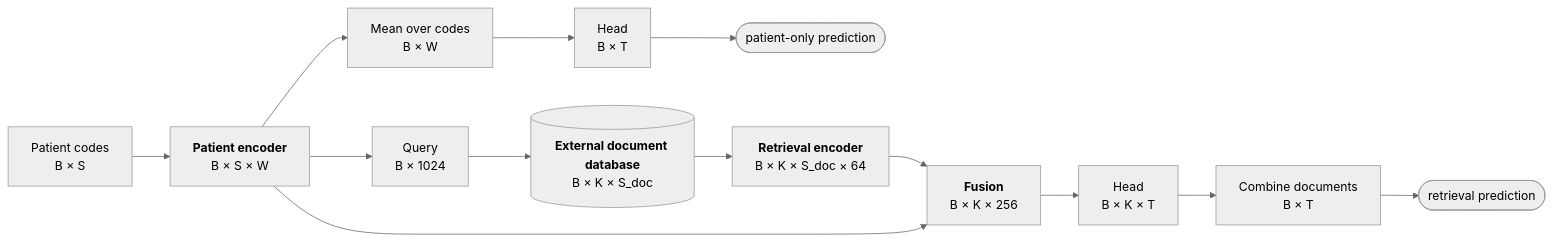
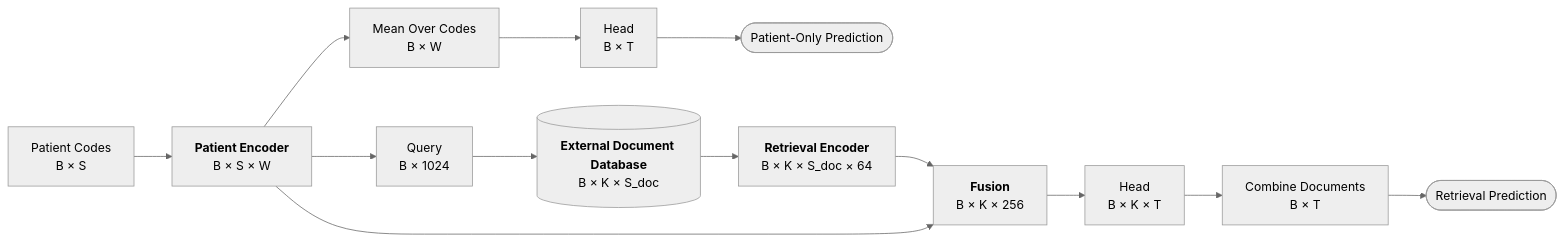
Before and after one commit to McDermottHealthAI/medrap-experiments: the diagram in scaling_laws/architecture.mmd, drawn with Mermaid (neutral theme). The commit also changed 1 other file, not shown here.

Commit message:
docs(scaling_laws): title case for every architecture label

```diff
--- a/scaling_laws/architecture.mmd
+++ b/scaling_laws/architecture.mmd
@@ -1,19 +1,19 @@
 flowchart LR
-    IN["Patient codes<br/>B × S"]
-    PE["<b>Patient encoder</b><br/>B × S × W"]
-    POOL["Mean over codes<br/>B × W"]
+    IN["Patient Codes<br/>B × S"]
+    PE["<b>Patient Encoder</b><br/>B × S × W"]
+    POOL["Mean Over Codes<br/>B × W"]
     HEAD1["Head<br/>B × T"]
-    OUT1(["patient-only prediction"])
+    OUT1(["Patient-Only Prediction"])
 
     Q["Query<br/>B × 1024"]
-    DB[("<b>External document database</b><br/>B × K × S_doc")]
-    RE["<b>Retrieval encoder</b><br/>B × K × S_doc × 64"]
+    DB[("<b>External Document Database</b><br/>B × K × S_doc")]
+    RE["<b>Retrieval Encoder</b><br/>B × K × S_doc × 64"]
     FUS["<b>Fusion</b><br/>B × K × 256"]
     HEAD2["Head<br/>B × K × T"]
-    COMB["Combine documents<br/>B × T"]
-    OUT2(["retrieval prediction"])
+    COMB["Combine Documents<br/>B × T"]
+    OUT2(["Retrieval Prediction"])
 
     IN --> PE
     PE --> POOL --> HEAD1 --> OUT1
     PE --> Q --> DB --> RE --> FUS --> HEAD2 --> COMB --> OUT2
     PE --> FUS
```
